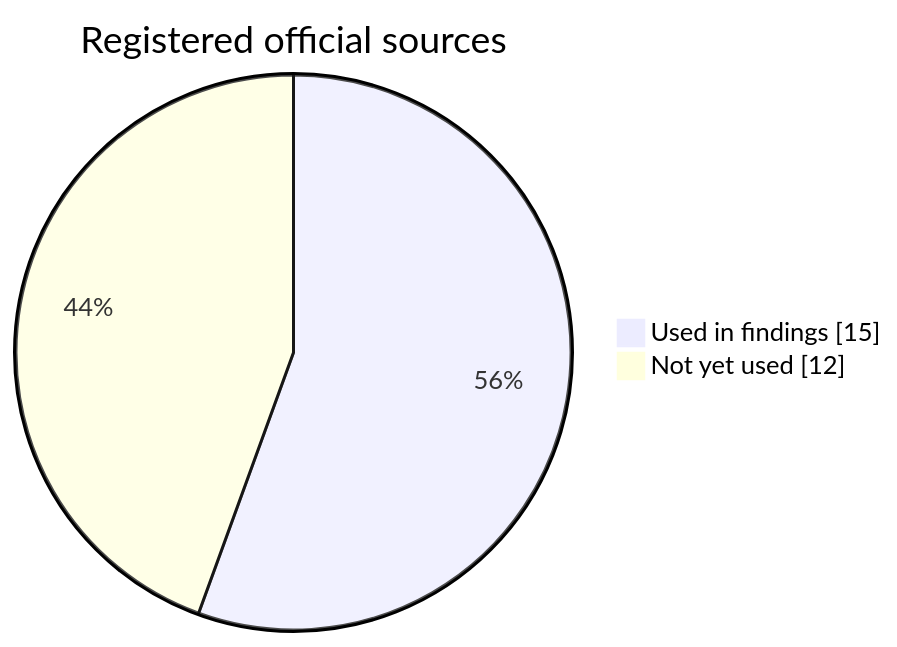
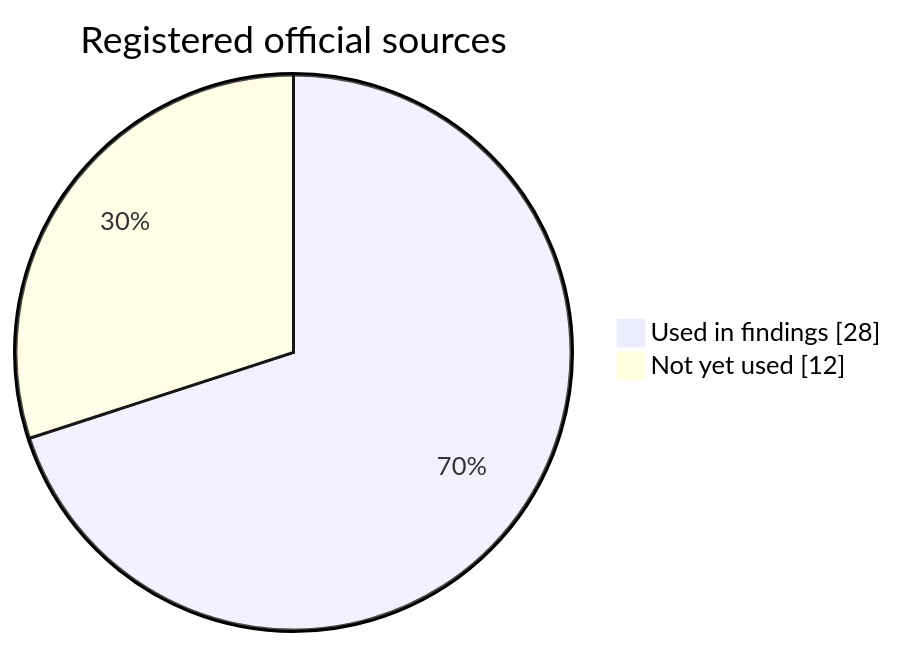
One commit to tomqwu/apim changed the third of 3 diagrams in reports/evidence-state.md. Above: the diagram before and after it, drawn with Mermaid. The commit also changed other lines of this file and 85 other files, not shown here.

````diff
--- a/reports/evidence-state.md
+++ b/reports/evidence-state.md
@@ -42,6 +49,6 @@
 ```mermaid
 pie showData
   title Registered official sources
-  "Used in findings" : 15
+  "Used in findings" : 28
   "Not yet used" : 12
 ```
````
